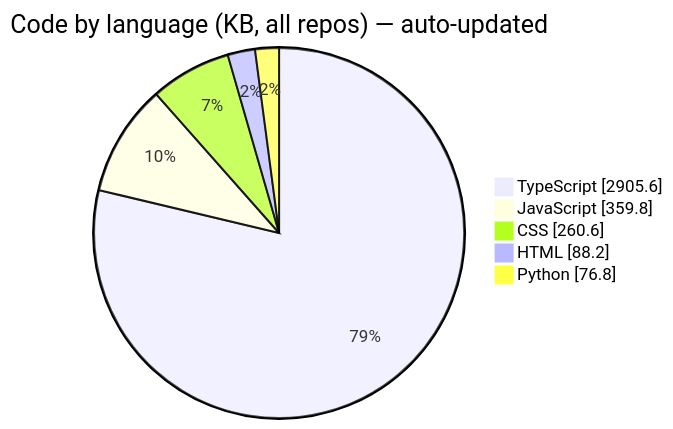
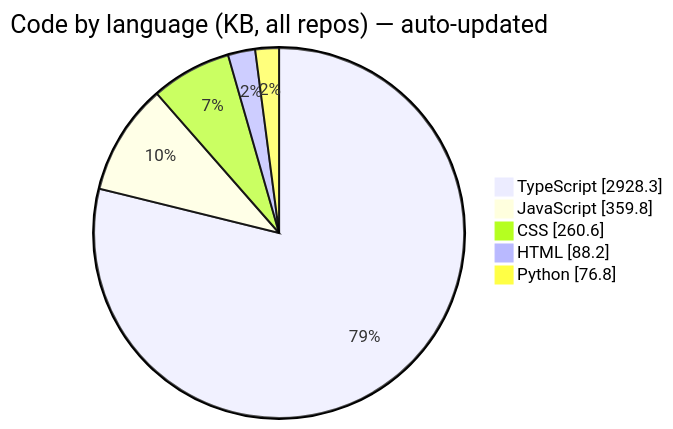
Before and after one commit to Manashjyoti-Bora/Manashjyoti-Bora: the third of 6 diagrams in README.md, drawn with Mermaid. The commit also changed other lines of this file and 2 other files, not shown here.

````diff
--- a/README.md
+++ b/README.md
@@ -196,9 +196,9 @@
 ```mermaid
 pie showData
     title Code by language (KB, all repos) — auto-updated
-    "TypeScript" : 2905.6
+    "TypeScript" : 2928.3
     "JavaScript" : 359.8
     "CSS" : 260.6
     "HTML" : 88.2
     "Python" : 76.8
 ```
````
